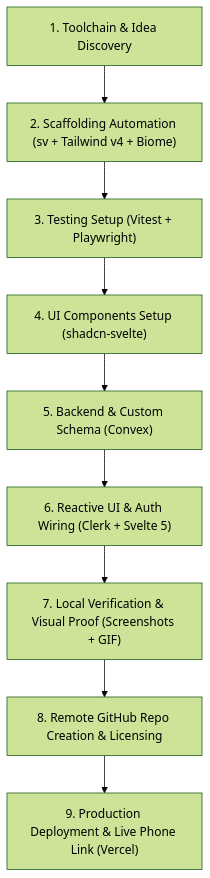
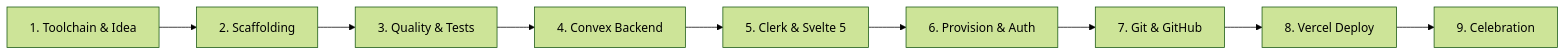
One commit to brychanrobot/overskill changed the diagram in skills/sveltekit-convex-clerk/SKILL.md. Above: the diagram before and after it, drawn with Mermaid (forest theme). The commit also changed other lines of this file and 10 other files, not shown here.

First line of the commit message:
sveltekit-convex-clerk: split SKILL.md into templates and references runbook

````diff
--- a/skills/sveltekit-convex-clerk/SKILL.md
+++ b/skills/sveltekit-convex-clerk/SKILL.md
@@ -93,11 +113,6 @@
 ```mermaid
-flowchart TD
-    S1["1. Toolchain & Idea Discovery"] --> S2["2. Scaffolding Automation (sv + Tailwind v4 + Biome)"]
-    S2 --> S3["3. Testing Setup (Vitest + Playwright)"]
-    S3 --> S4["4. UI Components Setup (shadcn-svelte)"]
-    S4 --> S5["5. Backend & Custom Schema (Convex)"]
-    S5 --> S6["6. Reactive UI & Auth Wiring (Clerk + Svelte 5)"]
-    S6 --> S7["7. Local Verification & Visual Proof (Screenshots + GIF)"]
-    S7 --> S8["8. Remote GitHub Repo Creation & Licensing"]
-    S8 --> S9["9. Production Deployment & Live Phone Link (Vercel)"]
+flowchart LR
+    S1["1. Toolchain & Idea"] --> S2["2. Scaffolding"] --> S3["3. Quality & Tests"]
+    S3 --> S4["4. Convex Backend"] --> S5["5. Clerk & Svelte 5"] --> S6["6. Provision & Auth"]
+    S6 --> S7["7. Git & GitHub"] --> S8["8. Vercel Deploy"] --> S9["9. Celebration"]
 ```
````
